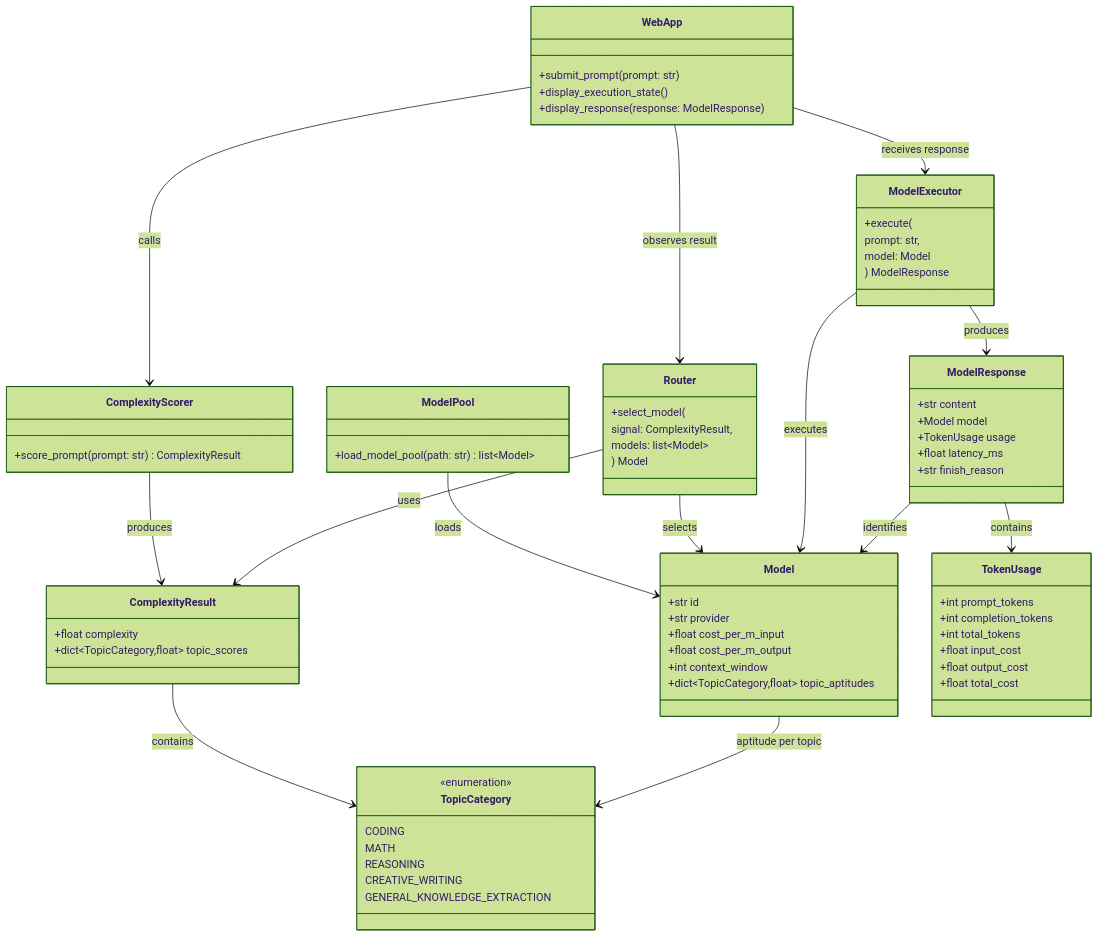
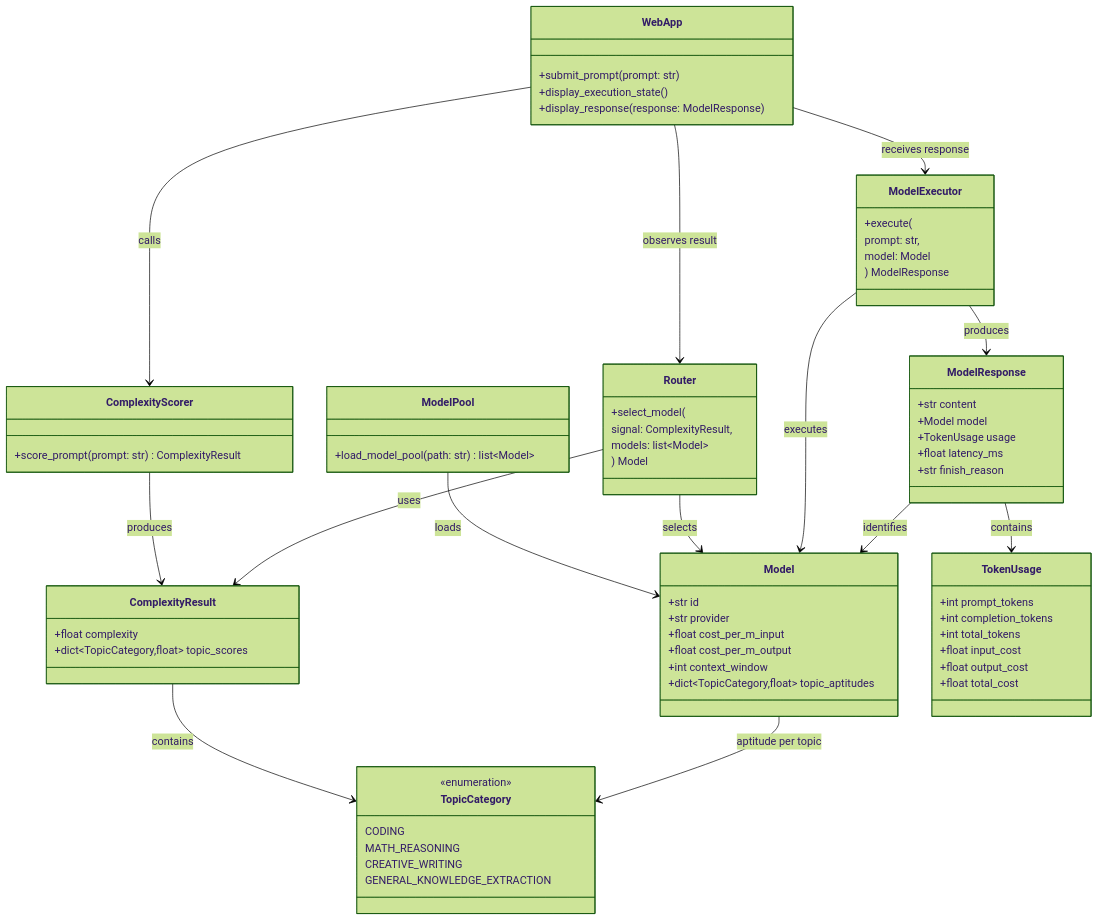
The second of 5 diagrams in docs/Prototype_architecture.md (emrailklmin/Lonn), drawn with Mermaid (forest theme) before and after one commit. The commit also changed other lines of this file and 7 other files, not shown here.

First line of the commit message:
Add Laya complexity scorer and merge math/reasoning topics

```diff
--- a/docs/Prototype_architecture.md
+++ b/docs/Prototype_architecture.md
@@ -145,8 +145,7 @@
     class TopicCategory {
         <<enumeration>>
         CODING
-        MATH
-        REASONING
+        MATH_REASONING
         CREATIVE_WRITING
         GENERAL_KNOWLEDGE_EXTRACTION
     }
```
